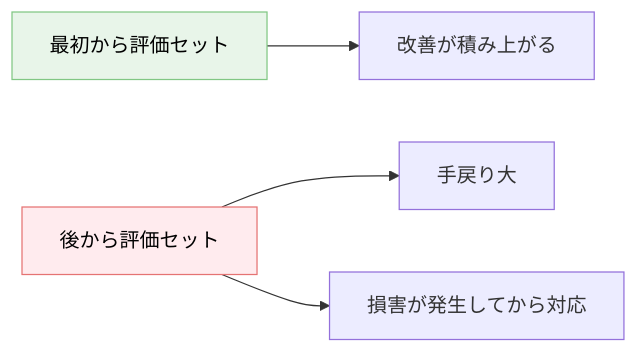
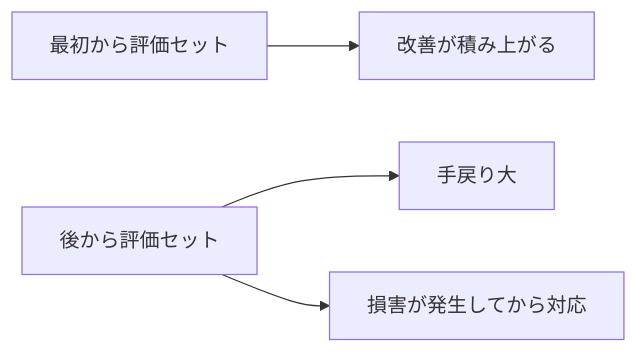
Before and after one commit to dinekt/dinekt-wiki: the second of 2 diagrams in docs/case-studies/評価セットを後回しにしてリリース後に立て直した事例.md, drawn with Mermaid. The commit also changed other lines of this file and 70 other files, not shown here.

First line of the commit message:
fix(mermaid): strip all inline styling, rely on theme

````diff
--- a/docs/case-studies/評価セットを後回しにしてリリース後に立て直した事例.md
+++ b/docs/case-studies/評価セットを後回しにしてリリース後に立て直した事例.md
@@ -82,9 +80,7 @@
 ```mermaid
 flowchart LR
     A[最初から評価セット] --> OK[改善が積み上がる]
     B[後から評価セット] --> D[手戻り大]
     B --> E[損害が発生してから対応]
 
-    style A fill:#e8f5e9,stroke:#81c784,color:#000
-    style B fill:#ffebee,stroke:#e57373,color:#000
 ```
````
